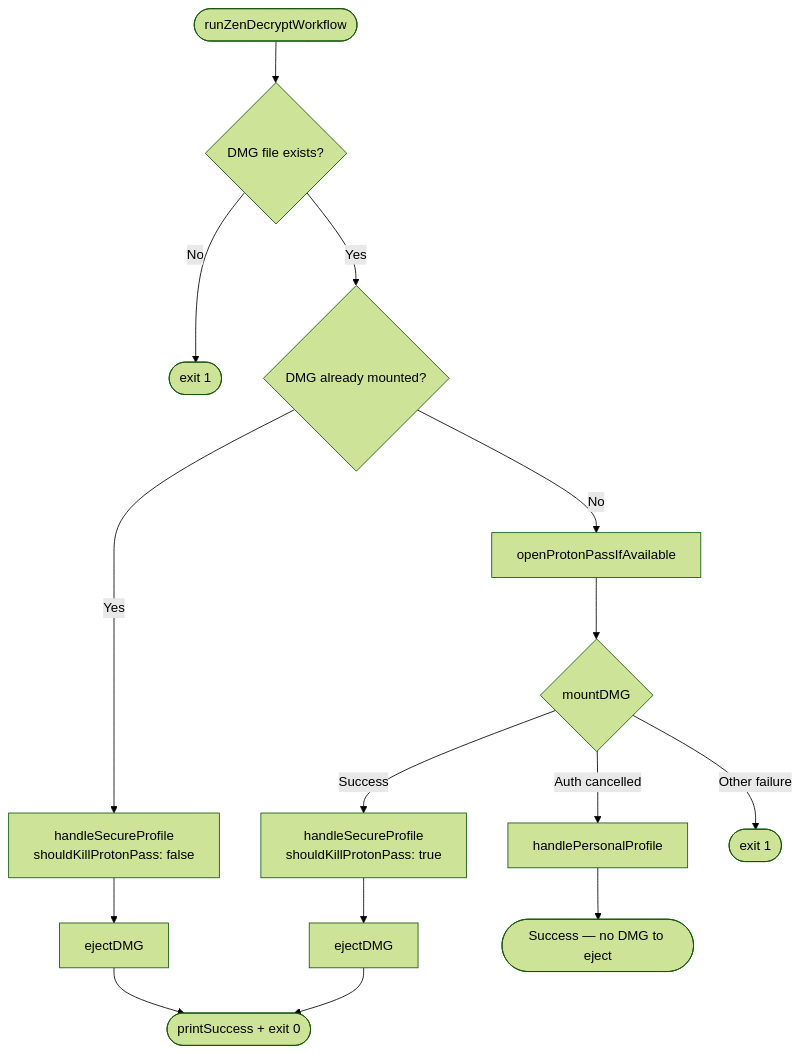
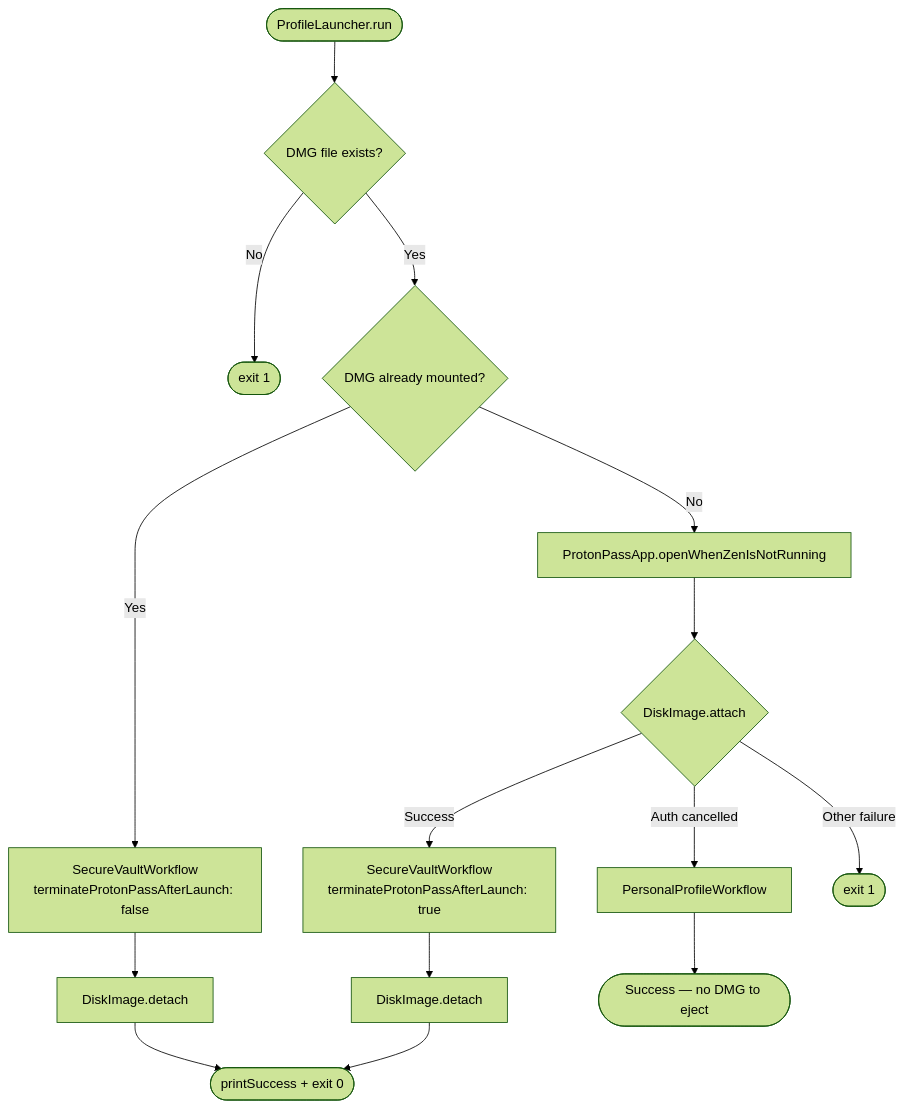
The second of 5 diagrams in პროფილი-README.md (Johann-Goncalves-Pereira/Raycast), drawn with Mermaid (forest theme) before and after one commit. The commit also changed other lines of this file and 1 other file, not shown here.

First line of the commit message:
refactor ✨: Update Zen Secure Profile Launcher for improved clarity and functionality

````diff
--- a/პროფილი-README.md
+++ b/პროფილი-README.md
@@ -66,21 +66,21 @@
 ```mermaid
 flowchart TD
-    Start([runZenDecryptWorkflow]) --> ValidateDMG{DMG file exists?}
+    Start([ProfileLauncher.run]) --> ValidateDMG{DMG file exists?}
     ValidateDMG -->|No| Exit1([exit 1])
     ValidateDMG -->|Yes| CheckMounted{DMG already mounted?}
 
-    CheckMounted -->|Yes| SecureSkipPass[handleSecureProfile<br/>shouldKillProtonPass: false]
-    CheckMounted -->|No| OpenPass[openProtonPassIfAvailable]
+    CheckMounted -->|Yes| SecureSkipPass[SecureVaultWorkflow<br/>terminateProtonPassAfterLaunch: false]
+    CheckMounted -->|No| OpenPass[ProtonPassApp.openWhenZenIsNotRunning]
 
-    OpenPass --> TryMount{mountDMG}
-    TryMount -->|Success| SecureKillPass[handleSecureProfile<br/>shouldKillProtonPass: true]
-    TryMount -->|Auth cancelled| Personal[handlePersonalProfile]
+    OpenPass --> TryMount{DiskImage.attach}
+    TryMount -->|Success| SecureKillPass[SecureVaultWorkflow<br/>terminateProtonPassAfterLaunch: true]
+    TryMount -->|Auth cancelled| Personal[PersonalProfileWorkflow]
     TryMount -->|Other failure| Exit2([exit 1])
 
-    SecureSkipPass --> Eject1[ejectDMG]
-    SecureKillPass --> Eject2[ejectDMG]
+    SecureSkipPass --> Eject1[DiskImage.detach]
+    SecureKillPass --> Eject2[DiskImage.detach]
     Personal --> Done([Success — no DMG to eject])
 
     Eject1 --> Success([printSuccess + exit 0])
     Eject2 --> Success
 ```
````
